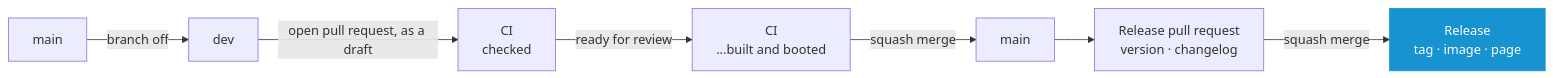
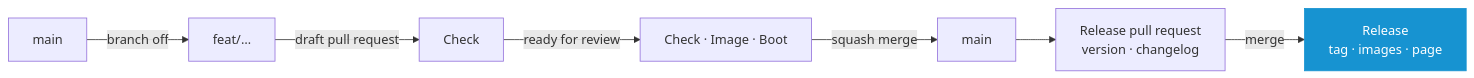
Before and after one commit to murkl/arch-os: the diagram in docs/CONTRIBUTING.md, drawn with Mermaid. The commit also changed other lines of this file and 9 other files, not shown here.

Commit message:
ci: work off main, squash into the title alone and simplify the pipeline

````diff
--- a/docs/CONTRIBUTING.md
+++ b/docs/CONTRIBUTING.md
@@ -9,11 +7,11 @@
 ```mermaid
 flowchart LR
-    M["main"] -->|branch off| D["dev"]
-    D -->|open pull request, as a draft| C["CI<br/>checked"]
-    C -->|ready for review| F["CI<br/>...built and booted"]
-    F -->|squash merge| M2["main"]
+    M["main"] -->|branch off| B["feat/…"]
+    B -->|draft pull request| C["Check"]
+    C -->|ready for review| I["Check · Image · Boot"]
+    I -->|squash merge| M2["main"]
     M2 --> P["Release pull request<br/>version · changelog"]
-    P -->|squash merge| R["Release<br/>tag · image · page"]
+    P -->|merge| R["Release<br/>tag · images · page"]
 
     style R fill:#1793d1,stroke:#1793d1,color:#fff
 ```
````
